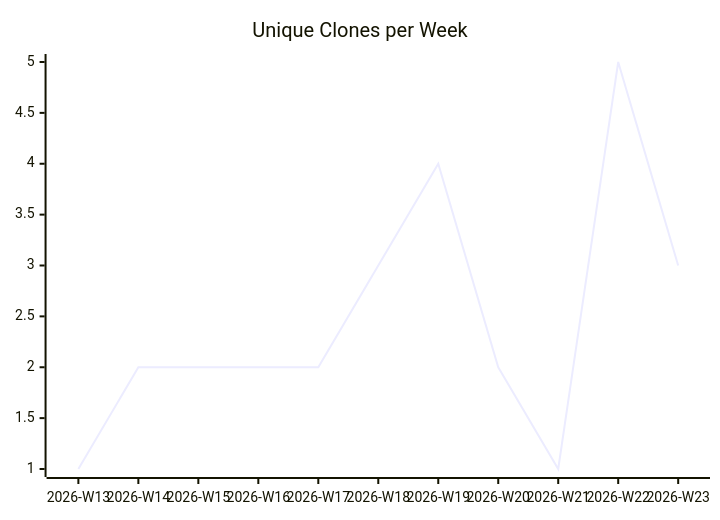
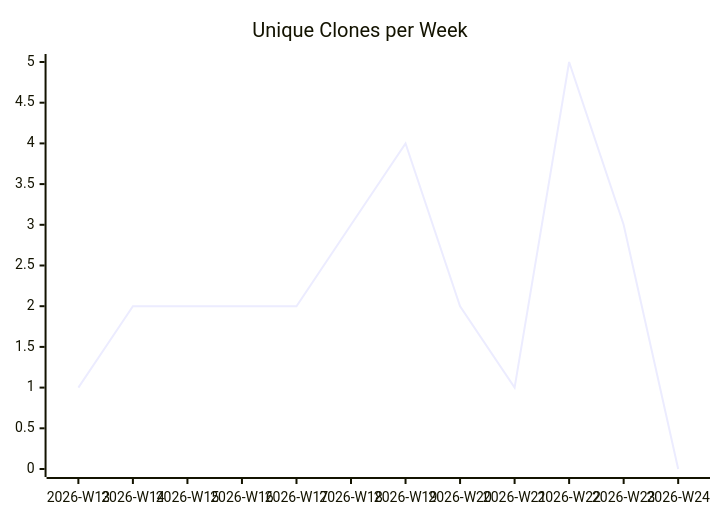
One commit to justdavis-family/github-analytics-data changed the third of 3 diagrams in karlmdavis/hello-rust-actix/README.md. Above: the diagram before and after it, drawn with Mermaid. The commit also changed other lines of this file and 189 other files, not shown here.

````diff
--- a/karlmdavis/hello-rust-actix/README.md
+++ b/karlmdavis/hello-rust-actix/README.md
@@ -19,6 +19,6 @@
 ```mermaid
 xychart-beta
   title "Unique Clones per Week"
-  x-axis ["2026-W13", "2026-W14", "2026-W15", "2026-W16", "2026-W17", "2026-W18", "2026-W19", "2026-W20", "2026-W21", "2026-W22", "2026-W23"]
-  line [1, 2, 2, 2, 2, 3, 4, 2, 1, 5, 3]
+  x-axis ["2026-W13", "2026-W14", "2026-W15", "2026-W16", "2026-W17", "2026-W18", "2026-W19", "2026-W20", "2026-W21", "2026-W22", "2026-W23", "2026-W24"]
+  line [1, 2, 2, 2, 2, 3, 4, 2, 1, 5, 3, 0]
 ```
````
